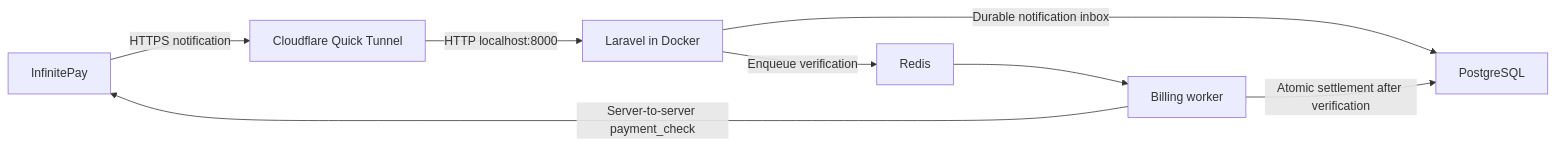
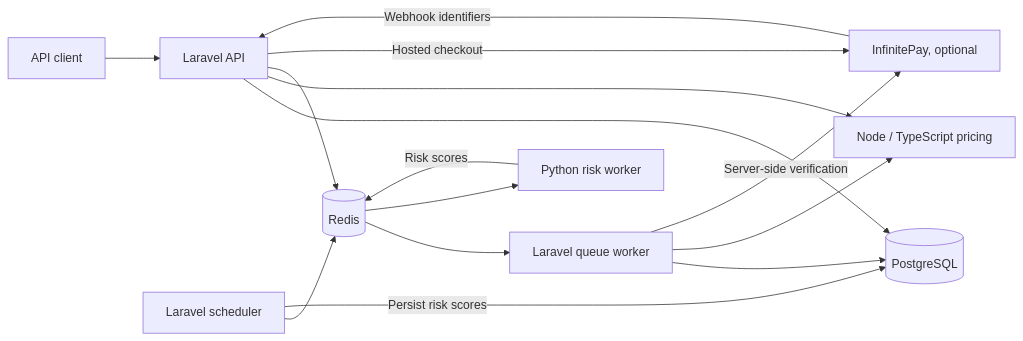
Before and after one commit to joaobuti/portfolio: the diagram in README.md, drawn with Mermaid. The commit also changed other lines of this file and 1 other file, not shown here.

````diff
--- a/README.md
+++ b/README.md
@@ -383,10 +46,17 @@
 ```mermaid
 flowchart LR
-    IP[InfinitePay] -->|HTTPS notification| T[Cloudflare Quick Tunnel]
-    T -->|HTTP localhost:8000| API[Laravel in Docker]
-    API -->|Durable notification inbox| DB[PostgreSQL]
-    API -->|Enqueue verification| Q[Redis]
-    Q --> W[Billing worker]
-    W -->|Server-to-server payment_check| IP
-    W -->|Atomic settlement after verification| DB
+    Client[API client] --> API[Laravel API]
+    API --> DB[(PostgreSQL)]
+    API --> Pricing[Node / TypeScript pricing]
+    API --> Redis[(Redis)]
+    Scheduler[Laravel scheduler] --> Redis
+    Redis --> Worker[Laravel queue worker]
+    Worker --> DB
+    Worker --> Pricing
+    Redis --> Risk[Python risk worker]
+    Risk -->|Risk scores| Redis
+    Scheduler -->|Persist risk scores| DB
+    API -->|Hosted checkout| IP[InfinitePay, optional]
+    IP -->|Webhook identifiers| API
+    Worker -->|Server-side verification| IP
 ```
````
